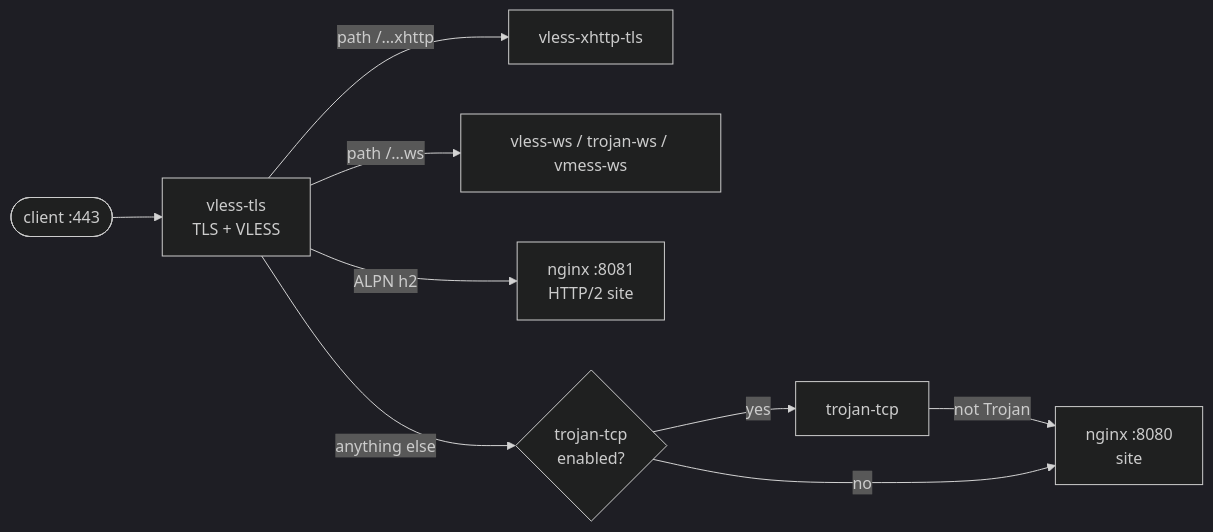
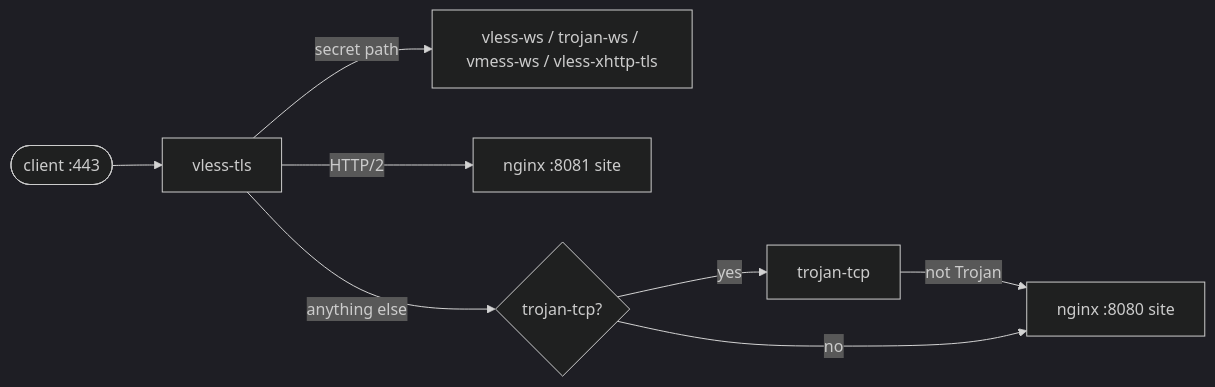
Before and after one commit to Shark-vil/xray_vless_easy_install_script: the third of 4 diagrams in docs/en/architecture.md, drawn with Mermaid (dark theme). The commit also changed other lines of this file and 29 other files, not shown here.

````diff
--- a/docs/en/architecture.md
+++ b/docs/en/architecture.md
@@ -53,10 +48,9 @@
 ```mermaid
 flowchart LR
-    C([client :443]) --> V[vless-tls<br/>TLS + VLESS]
-    V -- "path /…xhttp" --> X[vless-xhttp-tls]
-    V -- "path /…ws" --> W[vless-ws / trojan-ws / vmess-ws]
-    V -- "ALPN h2" --> N2[nginx :8081<br/>HTTP/2 site]
-    V -- "anything else" --> T{trojan-tcp<br/>enabled?}
-    T -- yes --> TR[trojan-tcp] -- not Trojan --> N1[nginx :8080<br/>site]
+    C([client :443]) --> V[vless-tls]
+    V -- "secret path" --> W[vless-ws / trojan-ws / vmess-ws / vless-xhttp-tls]
+    V -- "HTTP/2" --> N2[nginx :8081 site]
+    V -- "anything else" --> T{trojan-tcp?}
+    T -- yes --> TR[trojan-tcp] -- not Trojan --> N1[nginx :8080 site]
     T -- no --> N1
 ```
````
